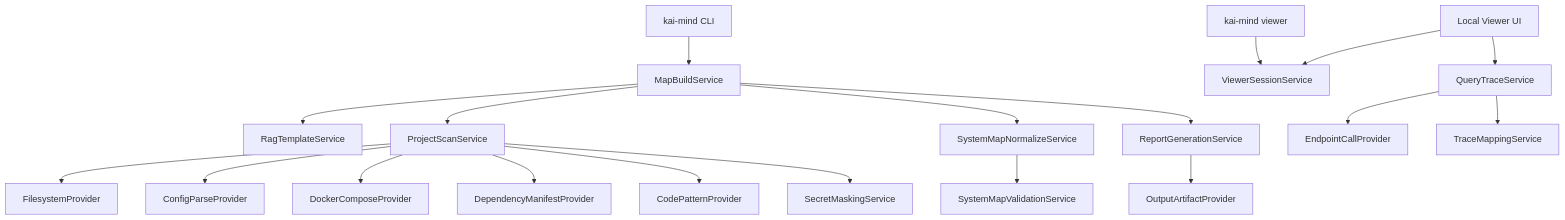
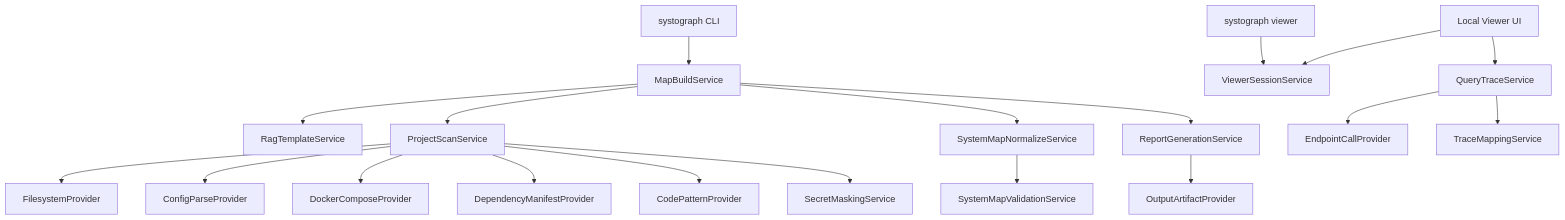
One commit to 1104030360/Systograph changed the diagram in docs/design/epic1-phase1.md. Above: the diagram before and after it, drawn with Mermaid. The commit also changed other lines of this file and 141 other files, not shown here.

````diff
--- a/docs/design/epic1-phase1.md
+++ b/docs/design/epic1-phase1.md
@@ -157,24 +157,24 @@
 ```mermaid
 graph TD
-    CLI[kai-mind CLI] --> MapUseCase[MapBuildService]
-    ViewerCLI[kai-mind viewer] --> ViewerService[ViewerSessionService]
+    CLI[systograph CLI] --> MapUseCase[MapBuildService]
+    ViewerCLI[systograph viewer] --> ViewerService[ViewerSessionService]
     GUI[Local Viewer UI] --> ViewerService
     GUI --> TraceService[QueryTraceService]
 
     MapUseCase --> TemplateService[RagTemplateService]
     MapUseCase --> ScanService[ProjectScanService]
     MapUseCase --> NormalizeService[SystemMapNormalizeService]
     MapUseCase --> ReportService[ReportGenerationService]
 
     ScanService --> FsProvider[FilesystemProvider]
     ScanService --> ConfigProvider[ConfigParseProvider]
     ScanService --> ComposeProvider[DockerComposeProvider]
     ScanService --> DependencyProvider[DependencyManifestProvider]
     ScanService --> PatternProvider[CodePatternProvider]
     ScanService --> SecretMasker[SecretMaskingService]
 
     NormalizeService --> SchemaValidator[SystemMapValidationService]
     ReportService --> OutputProvider[OutputArtifactProvider]
     TraceService --> EndpointProvider[EndpointCallProvider]
     TraceService --> TraceMapper[TraceMappingService]
 ```
````
